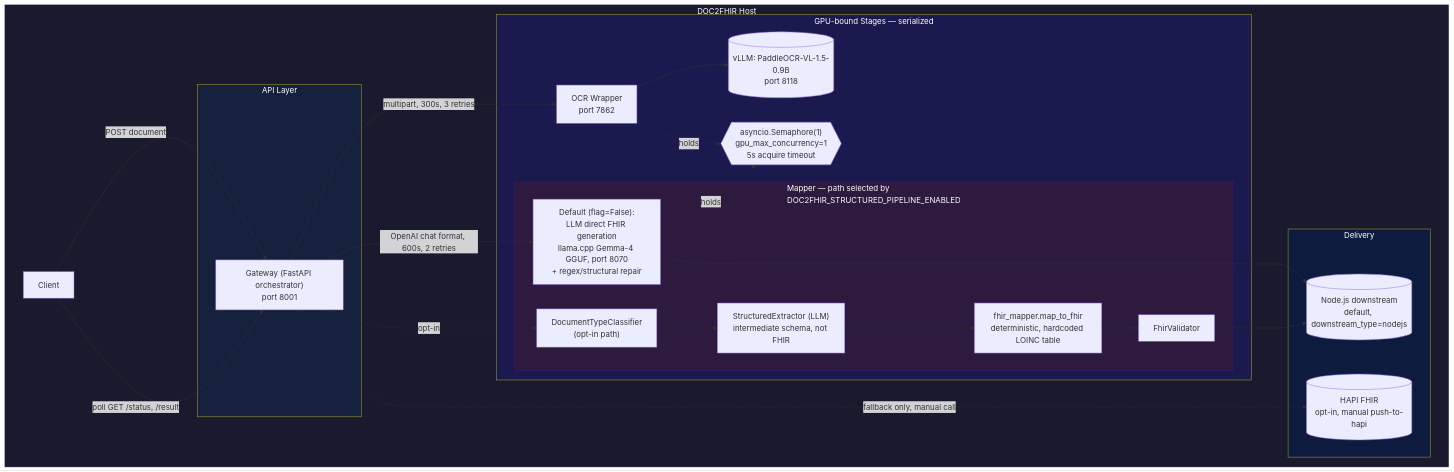
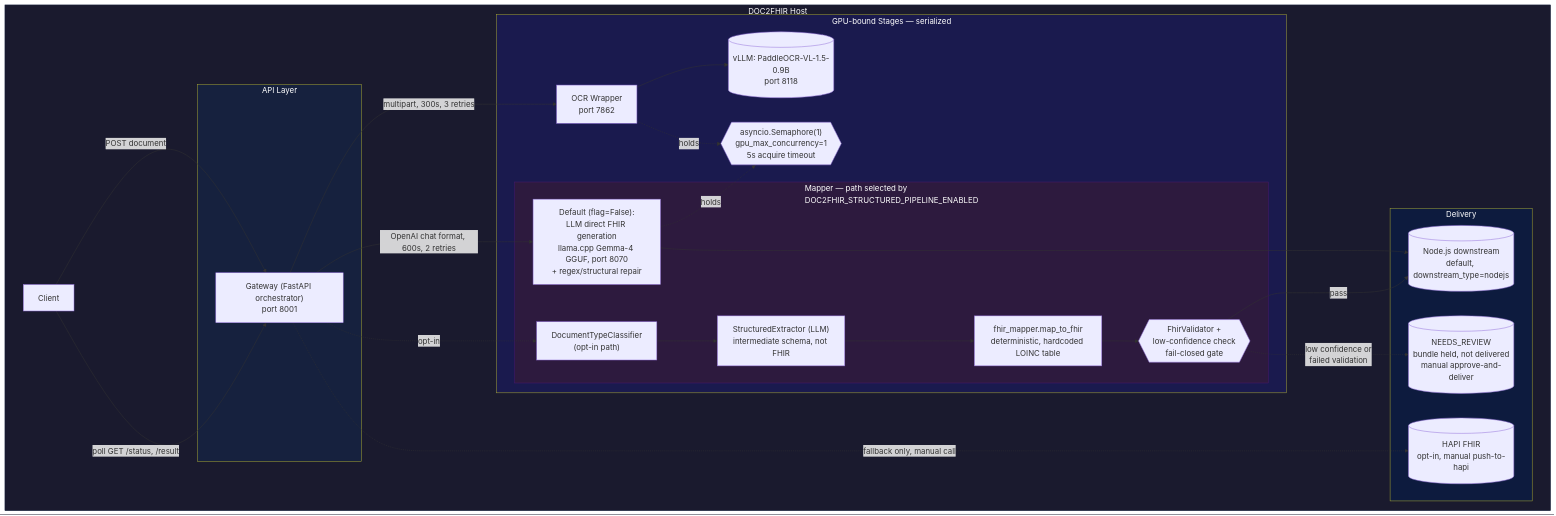
The second of 4 diagrams in ai/README.md (Belal0066/CFI-Care), drawn with Mermaid before and after one commit. The commit also changed other lines of this file and 2 other files, not shown here.

````diff
--- a/ai/README.md
+++ b/ai/README.md
@@ -62,48 +62,50 @@
 ```mermaid
 flowchart TB
     subgraph HOST["DOC2FHIR Host"]
         style HOST fill:#1a1a2e,color:#fff,stroke:#16213e
 
         CLIENT["Client"]
 
         subgraph APILayer["API Layer"]
             style APILayer fill:#16213e,color:#fff
             GW["Gateway (FastAPI orchestrator)<br/>port 8001"]
         end
 
         subgraph GPU["GPU-bound Stages — serialized"]
             style GPU fill:#1a1a4e,color:#fff
             LOCK{{"asyncio.Semaphore(1)<br/>gpu_max_concurrency=1<br/>5s acquire timeout"}}
             OCR["OCR Wrapper<br/>port 7862"]
             VLLM[("vLLM: PaddleOCR-VL-1.5-0.9B<br/>port 8118")]
 
             subgraph MapperChoice["Mapper — path selected by<br/>DOC2FHIR_STRUCTURED_PIPELINE_ENABLED"]
                 style MapperChoice fill:#2d1a3e,color:#fff,stroke:#4a1a6e
                 DEFAULT["Default (flag=False):<br/>LLM direct FHIR generation<br/>llama.cpp Gemma-4 GGUF, port 8070<br/>+ regex/structural repair"]
                 CLS["DocumentTypeClassifier<br/>(opt-in path)"]
                 STRUCTEX["StructuredExtractor (LLM)<br/>intermediate schema, not FHIR"]
                 MAP["fhir_mapper.map_to_fhir<br/>deterministic, hardcoded LOINC table"]
-                VAL["FhirValidator"]
+                VAL{{"FhirValidator +<br/>low-confidence check<br/>fail-closed gate"}}
                 CLS --> STRUCTEX --> MAP --> VAL
             end
         end
 
         subgraph Delivery["Delivery"]
             style Delivery fill:#0d1b3e,color:#fff
             NODEJS[("Node.js downstream<br/>default, downstream_type=nodejs")]
             HAPIOPT[("HAPI FHIR<br/>opt-in, manual push-to-hapi")]
+            REVIEW[("NEEDS_REVIEW<br/>bundle held, not delivered<br/>manual approve-and-deliver")]
         end
     end
 
     CLIENT -->|"POST document"| GW
     GW -->|"multipart, 300s, 3 retries"| OCR
     OCR --> VLLM
     OCR -. holds .-> LOCK
     GW -->|"OpenAI chat format, 600s, 2 retries"| DEFAULT
     GW -.->|"opt-in"| CLS
     DEFAULT -. holds .-> LOCK
     DEFAULT --> NODEJS
-    VAL --> NODEJS
+    VAL -->|"pass"| NODEJS
+    VAL -.->|"low confidence or<br/>failed validation"| REVIEW
     GW -.->|"fallback only, manual call"| HAPIOPT
     CLIENT -->|"poll GET /status, /result"| GW
 ```
````
